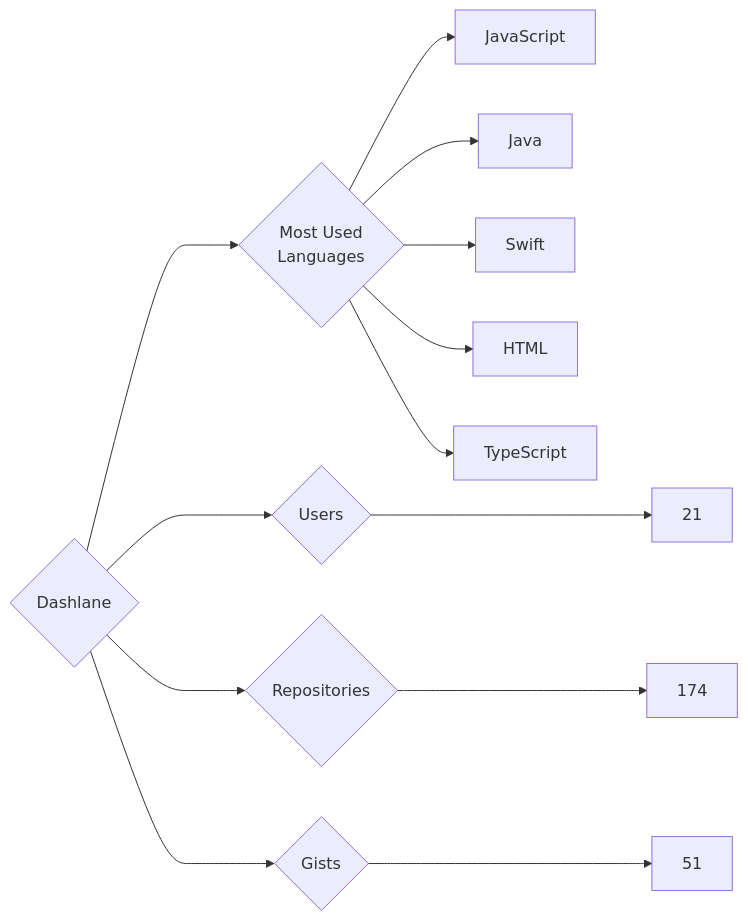
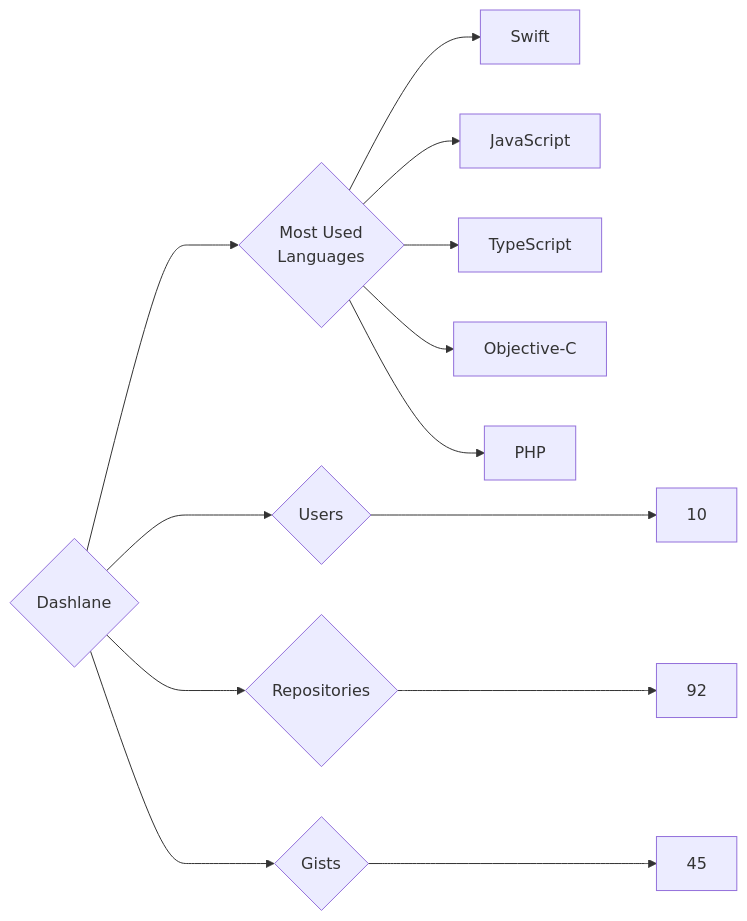
The diagram in targets/Dashlane/README.md (trickest/insiders), drawn with Mermaid before and after one commit. The commit also changed 874 other files, not shown here.

````diff
--- a/targets/Dashlane/README.md
+++ b/targets/Dashlane/README.md
@@ -3,13 +3,13 @@
 ```mermaid
 graph LR
 COMPANY_NAME{Dashlane}
-COMPANY_NAME ---> U{Users} ---> UN[21]
-COMPANY_NAME ---> R{Repositories} ---> RN[174]
-COMPANY_NAME ---> G{Gists} ---> GN[51]
+COMPANY_NAME ---> U{Users} ---> UN[10]
+COMPANY_NAME ---> R{Repositories} ---> RN[92]
+COMPANY_NAME ---> G{Gists} ---> GN[45]
 COMPANY_NAME ---> ML{Most Used<br>Languages}
+ML --> Swift[Swift]
 ML --> JavaScript[JavaScript]
-ML --> Java[Java]
-ML --> Swift[Swift]
-ML --> HTML[HTML]
 ML --> TypeScript[TypeScript]
+ML --> Objective-C[Objective-C]
+ML --> PHP[PHP]
 ```
````
